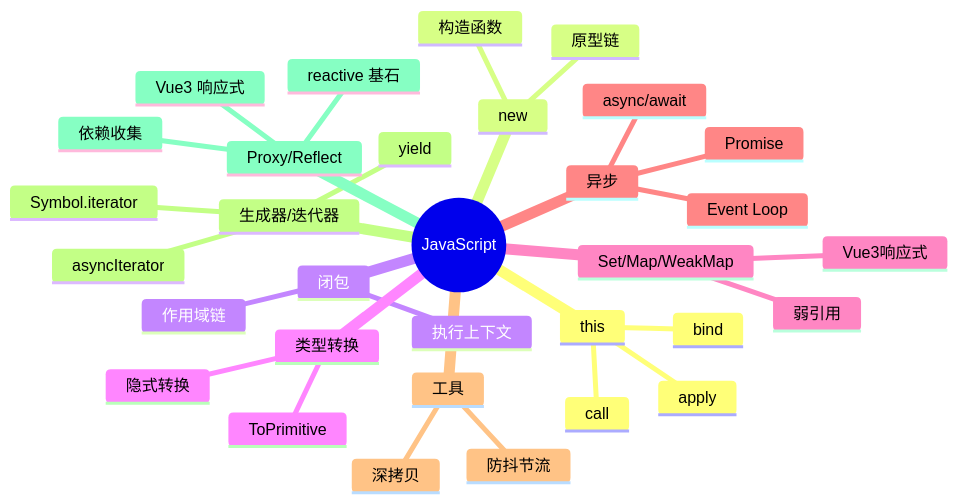
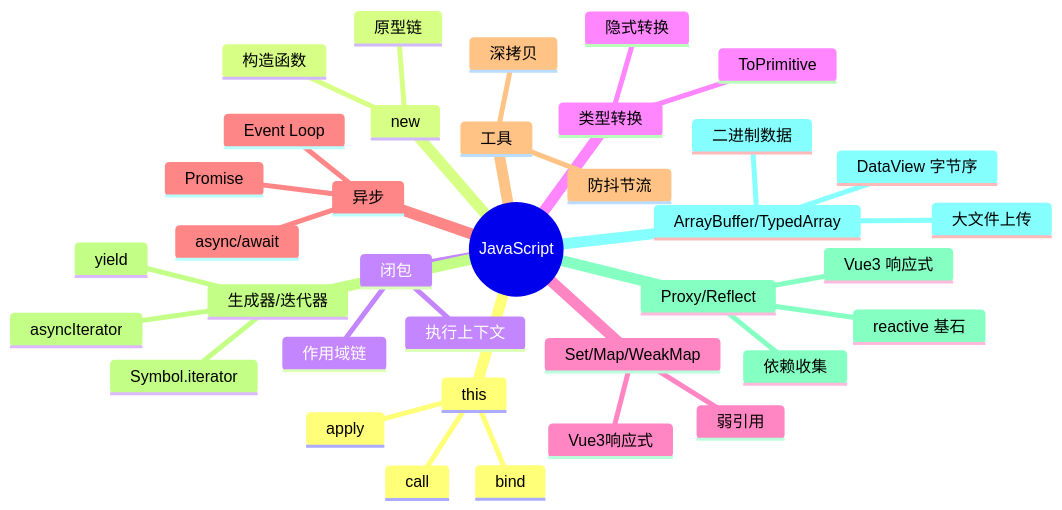
The diagram in docs/JavaScript/index.md (zjh42139/interview-notes), drawn with Mermaid before and after one commit. The commit also changed other lines of this file and 2 other files, not shown here.

Commit message:
feat: 新增 ArrayBuffer / TypedArray 子模块

````diff
--- a/docs/JavaScript/index.md
+++ b/docs/JavaScript/index.md
@@ -9,35 +9,39 @@
 ```mermaid
 mindmap
   root((JavaScript))
     this
       call
       apply
       bind
     new
       构造函数
       原型链
     闭包
       作用域链
       执行上下文
     类型转换
       隐式转换
       ToPrimitive
     Set/Map/WeakMap
       弱引用
       Vue3响应式
     异步
       Promise
       Event Loop
       async/await
     工具
       深拷贝
       防抖节流
     生成器/迭代器
       yield
       Symbol.iterator
       asyncIterator
     Proxy/Reflect
       reactive 基石
       依赖收集
       Vue3 响应式
+    ArrayBuffer/TypedArray
+      二进制数据
+      大文件上传
+      DataView 字节序
 ```
````
